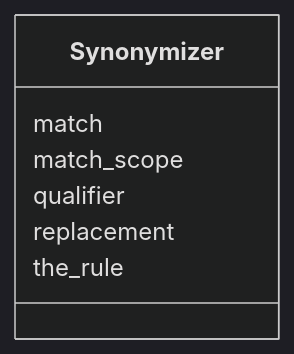
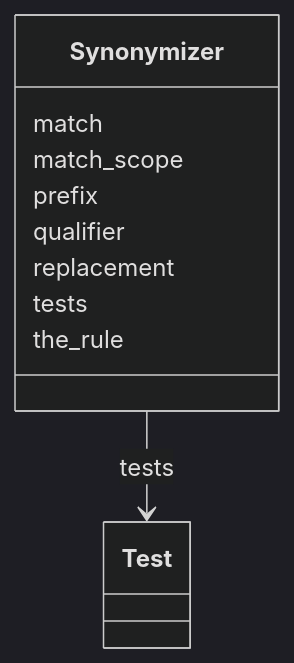
Before and after one commit to dalito/ontology-access-kit: the diagram in mapping-rules/Synonymizer.md, drawn with Mermaid (dark theme). The commit also changed other lines of this file and 3370 other files, not shown here.

````diff
--- a/mapping-rules/Synonymizer.md
+++ b/mapping-rules/Synonymizer.md
@@ -9,15 +10,21 @@
 ```{mermaid}
  classDiagram
     class Synonymizer
       Synonymizer : match
         
       Synonymizer : match_scope
         
+      Synonymizer : prefix
+        
       Synonymizer : qualifier
         
       Synonymizer : replacement
+        
+      Synonymizer : tests
+        
+          Synonymizer --> Test : tests
         
       Synonymizer : the_rule
         
       
 ```
````
